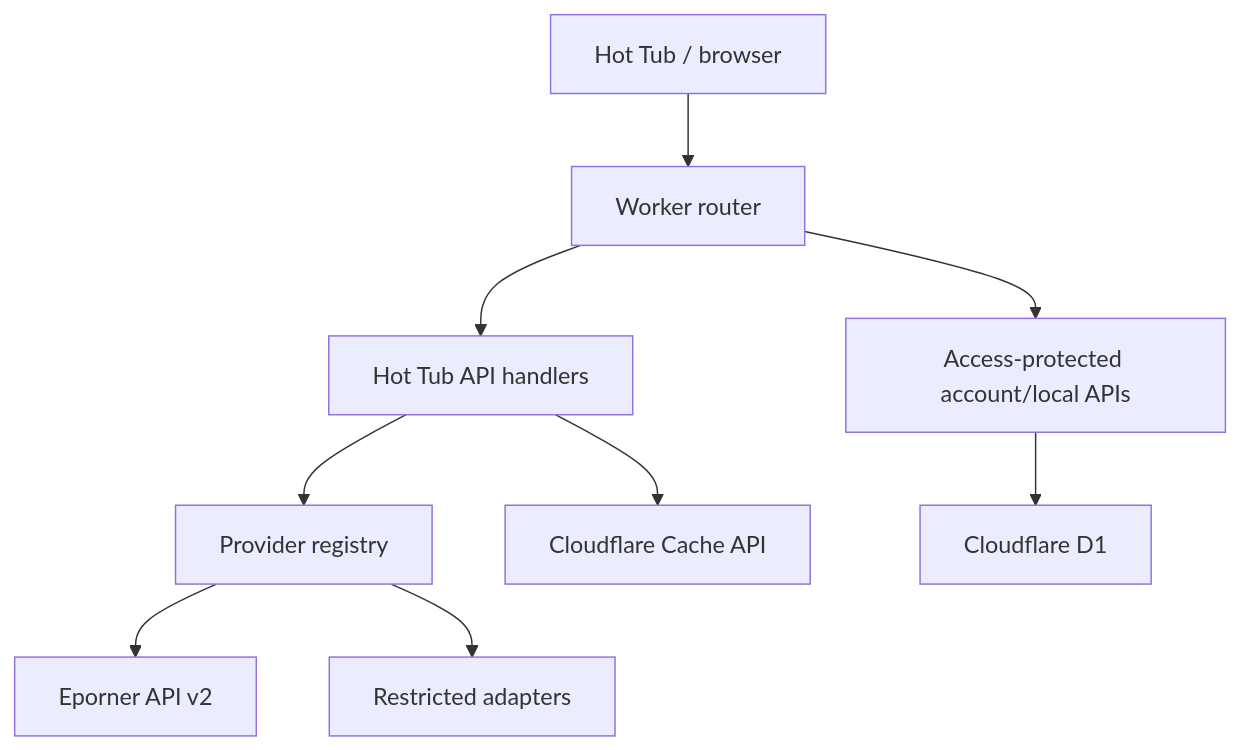
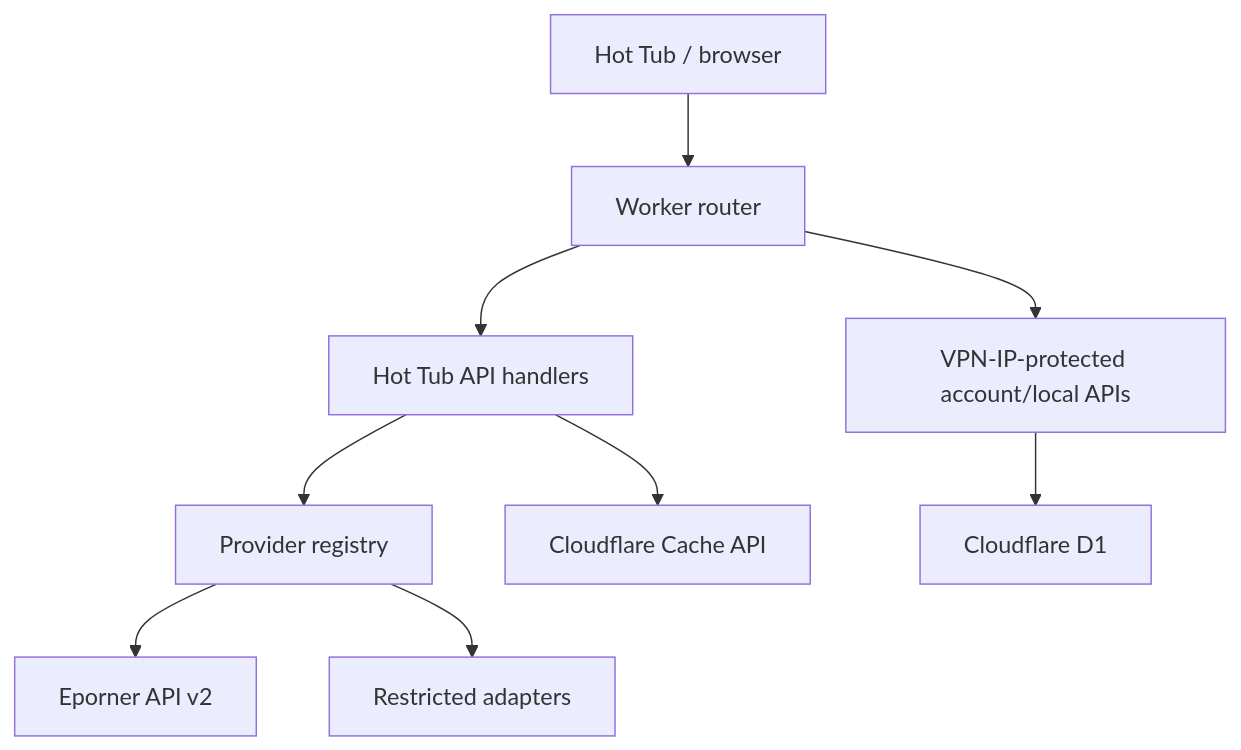
Before and after one commit to Nexus-Joe-Kane/NetKit: the diagram in docs/architecture.md, drawn with Mermaid. The commit also changed other lines of this file and 16 other files, not shown here.

````diff
--- a/docs/architecture.md
+++ b/docs/architecture.md
@@ -9,11 +9,11 @@
 ```mermaid
 flowchart TD
   Client["Hot Tub / browser"] --> Router["Worker router"]
   Router --> Protocol["Hot Tub API handlers"]
   Protocol --> Registry["Provider registry"]
   Registry --> Eporner["Eporner API v2"]
   Registry --> Stubs["Restricted adapters"]
-  Router --> Access["Access-protected account/local APIs"]
-  Access --> D1["Cloudflare D1"]
+  Router --> Private["VPN-IP-protected account/local APIs"]
+  Private --> D1["Cloudflare D1"]
   Protocol --> Cache["Cloudflare Cache API"]
 ```
````
